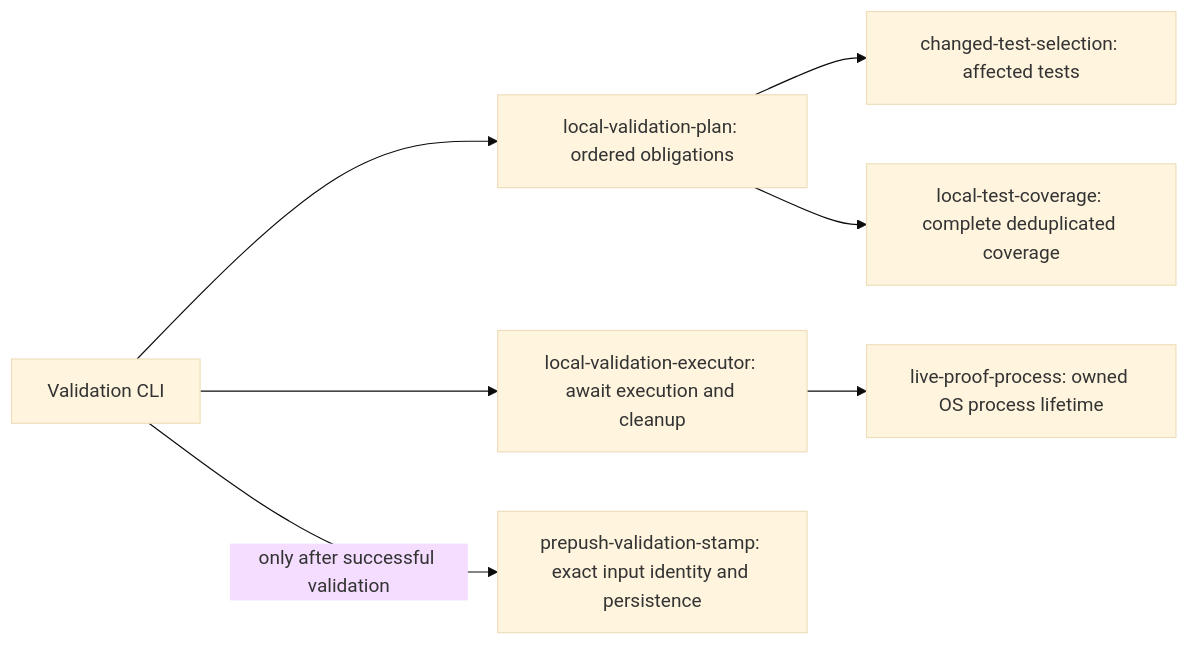
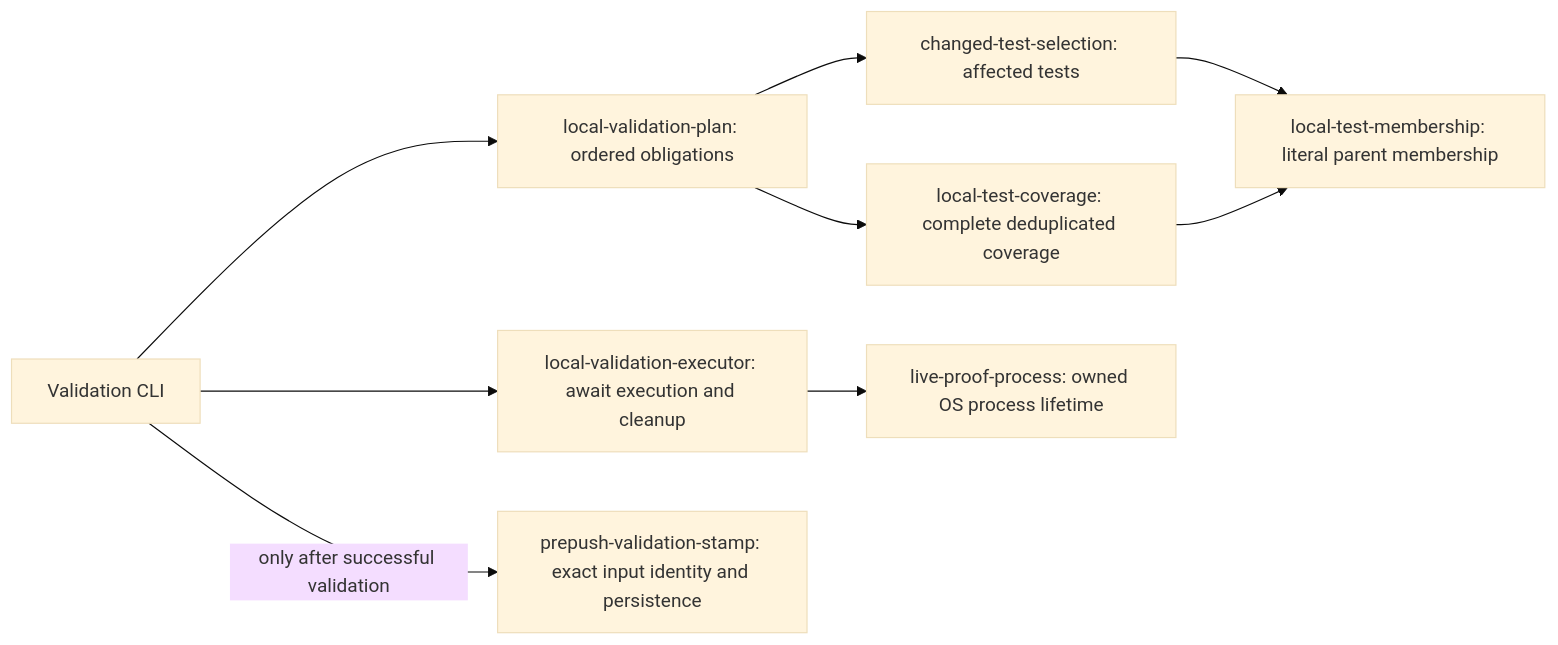
One commit to dunay2/dvt changed the first of 3 diagrams in docs/guides/pr-preflight-and-ci-triage.md. Above: the diagram before and after it, drawn with Mermaid (base theme). The commit also changed other lines of this file and 21 other files, not shown here.

````diff
--- a/docs/guides/pr-preflight-and-ci-triage.md
+++ b/docs/guides/pr-preflight-and-ci-triage.md
@@ -113,9 +113,11 @@
 ```mermaid
 flowchart LR
   CLI[Validation CLI] --> Plan[local-validation-plan: ordered obligations]
   Plan --> Selection[changed-test-selection: affected tests]
   Plan --> Coverage[local-test-coverage: complete deduplicated coverage]
+  Selection --> Membership[local-test-membership: literal parent membership]
+  Coverage --> Membership
   CLI --> Executor[local-validation-executor: await execution and cleanup]
   Executor --> Process[live-proof-process: owned OS process lifetime]
   CLI -->|only after successful validation| Stamp[prepush-validation-stamp: exact input identity and persistence]
 ```
````
